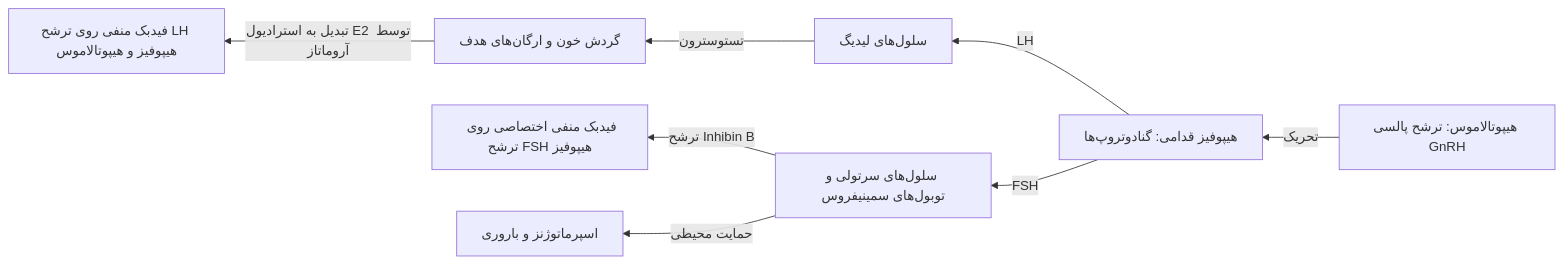
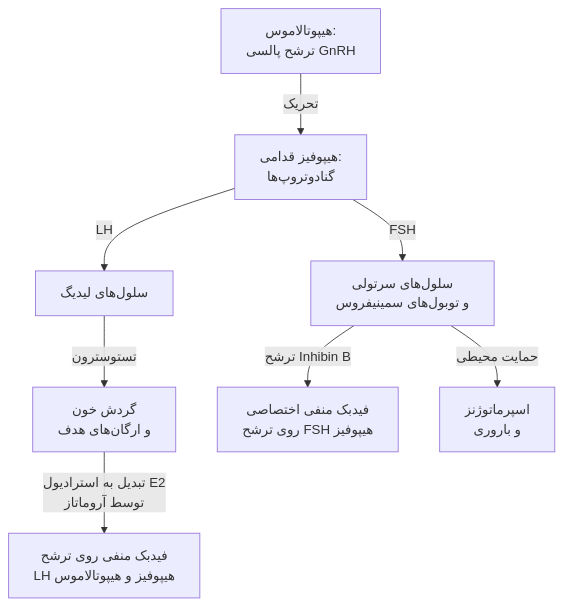
Before and after one commit to neopulse-hub/TUMS-1402-1-neo: the second of 6 diagrams in 07/مبانی غدد/هیپوگنادیسم مردان.md, drawn with Mermaid. The commit also changed other lines of this file, not shown here.

````diff
--- a/07/مبانی غدد/هیپوگنادیسم مردان.md
+++ b/07/مبانی غدد/هیپوگنادیسم مردان.md
@@ -41,11 +43,13 @@
 ```mermaid
-flowchart RL
-    Hypo[هیپوتالاموس: ترشح پالسی GnRH] -->|تحریک| Pit[هیپوفیز قدامی: گنادوتروپ‌ها]
-    Pit -->|LH| Leydig[سلول‌های لیدیگ]
-    Pit -->|FSH| Sertoli[سلول‌های سرتولی و توبول‌های سمینیفروس]
-    
-    Leydig -->|تستوسترون| Circ[گردش خون و ارگان‌های هدف]
-    Circ -->|تبدیل به استرادیول E2 توسط آروماتاز| NegLH[فیدبک منفی روی ترشح LH هیپوفیز و هیپوتالاموس]
-    Sertoli -->|ترشح Inhibin B| NegFSH[فیدبک منفی اختصاصی روی ترشح FSH هیپوفیز]
-    Sertoli -->|حمایت محیطی| Sperm[اسپرماتوژنز و باروری]
+flowchart TD
+
+Hypo[هیپوتالاموس:<br>ترشح پالسی GnRH] -->|تحریک| Pit[هیپوفیز قدامی:<br>گنادوتروپ‌ها]
+
+Pit -->|LH| Leydig[سلول‌های لیدیگ]
+
+Pit -->|FSH| Sertoli[سلول‌های سرتولی<br>و توبول‌های سمینیفروس]
+Leydig -->|تستوسترون| Circ[گردش خون<br>و ارگان‌های هدف]
+Circ -->|تبدیل به استرادیول E2<br>توسط آروماتاز| NegLH[فیدبک منفی روی ترشح<br>LH هیپوفیز و هیپوتالاموس]
+Sertoli -->|ترشح Inhibin B| NegFSH[فیدبک منفی اختصاصی<br>روی ترشح FSH هیپوفیز]
+Sertoli -->|حمایت محیطی| Sperm[اسپرماتوژنز<br>و باروری]
 ```
````
